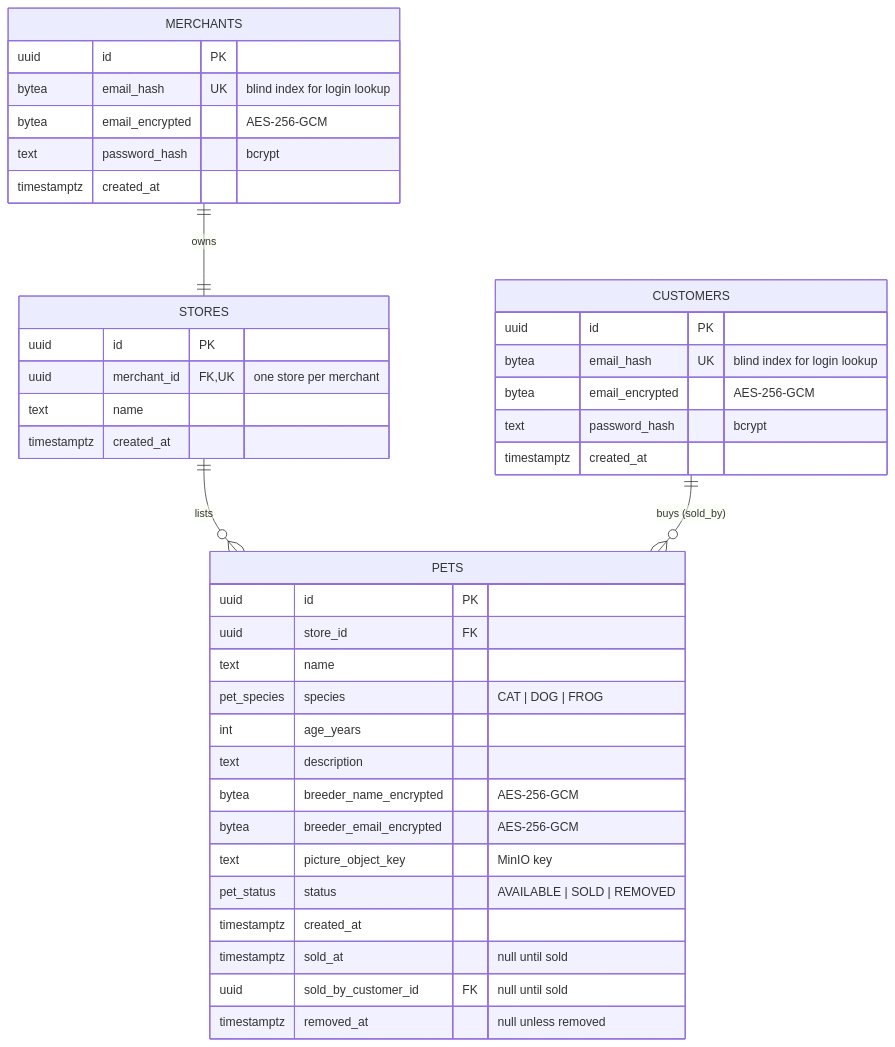
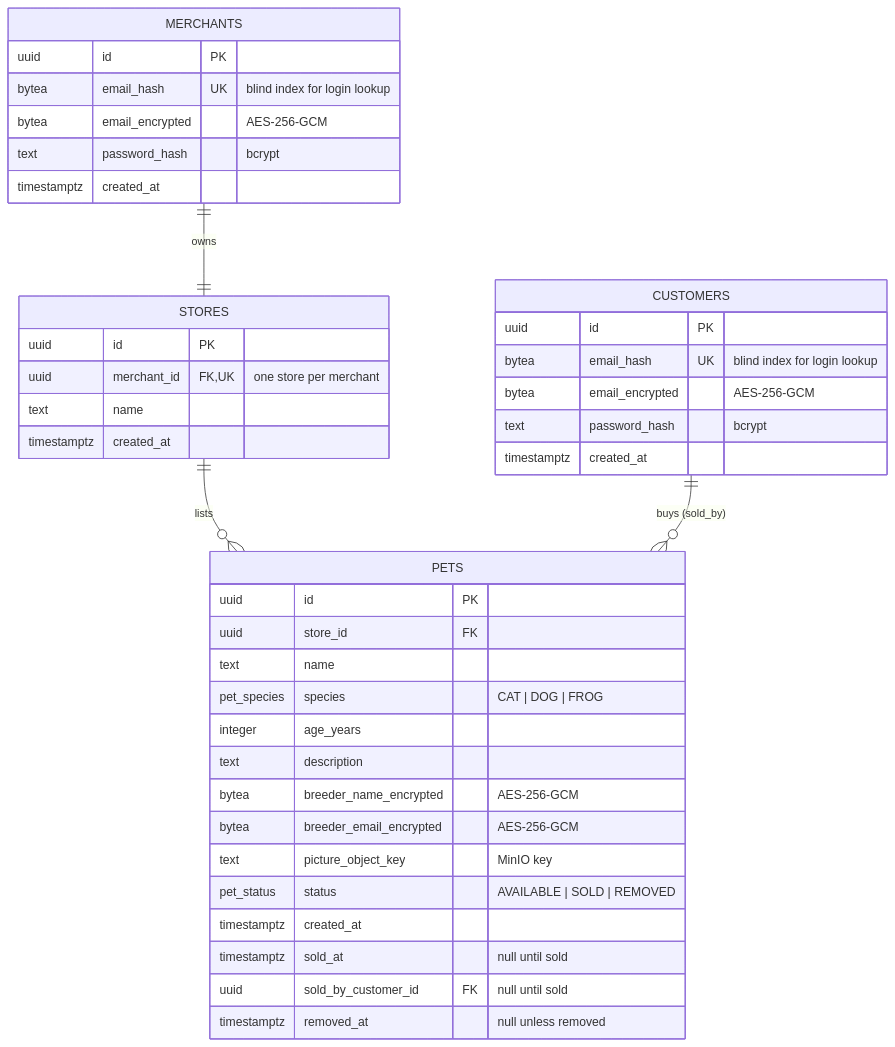
One commit to SrOscuroBlck/PetStore-Challenge-RCxGustavoCamargo changed the first of 2 diagrams in docs/DATA_MODEL.md. Above: the diagram before and after it, drawn with Mermaid. The commit also changed 11 other files, not shown here.

Commit message:
feat: add database schema, Atlas migrations, and local dev stack

````diff
--- a/docs/DATA_MODEL.md
+++ b/docs/DATA_MODEL.md
@@ -9,43 +9,43 @@
 ```mermaid
 erDiagram
     MERCHANTS ||--|| STORES : owns
     STORES   ||--o{ PETS   : lists
     CUSTOMERS ||--o{ PETS  : "buys (sold_by)"
 
     MERCHANTS {
         uuid        id PK
         bytea       email_hash UK "blind index for login lookup"
         bytea       email_encrypted "AES-256-GCM"
         text        password_hash "bcrypt"
         timestamptz created_at
     }
     STORES {
         uuid        id PK
         uuid        merchant_id FK,UK "one store per merchant"
         text        name
         timestamptz created_at
     }
     CUSTOMERS {
         uuid        id PK
         bytea       email_hash UK "blind index for login lookup"
         bytea       email_encrypted "AES-256-GCM"
         text        password_hash "bcrypt"
         timestamptz created_at
     }
     PETS {
         uuid          id PK
         uuid          store_id FK
         text          name
         pet_species   species "CAT | DOG | FROG"
-        int           age_years
+        integer       age_years
         text          description
         bytea         breeder_name_encrypted "AES-256-GCM"
         bytea         breeder_email_encrypted "AES-256-GCM"
         text          picture_object_key "MinIO key"
         pet_status    status "AVAILABLE | SOLD | REMOVED"
         timestamptz   created_at
         timestamptz   sold_at "null until sold"
         uuid          sold_by_customer_id FK "null until sold"
         timestamptz   removed_at "null unless removed"
     }
 ```
````
